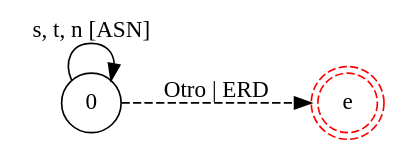
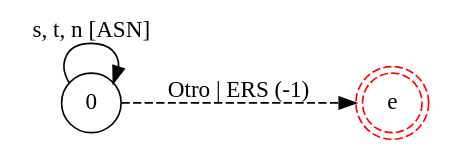
One commit to iroumec/RouVel-Compiler changed the diagram in resources/diagrams/graphs/discard.dot. Above: the diagram before and after it, drawn with Graphviz. The commit also changed 23 other files, not shown here.

```diff
--- a/resources/diagrams/graphs/discard.dot
+++ b/resources/diagrams/graphs/discard.dot
@@ -1,8 +1,8 @@
 digraph DFA {
     rankdir = LR;
     node [shape = circle;];
     eG [shape = doublecircle;style = dashed;color = red;label = "e";];
     
     0 -> 0 [label = "s, t, n [ASN]";];
-    0 -> eG [label = "Otro | ERD"; style = dashed;];
+    0 -> eG [label = "Otro | ERS (-1)"; style = dashed;];
 }
```
